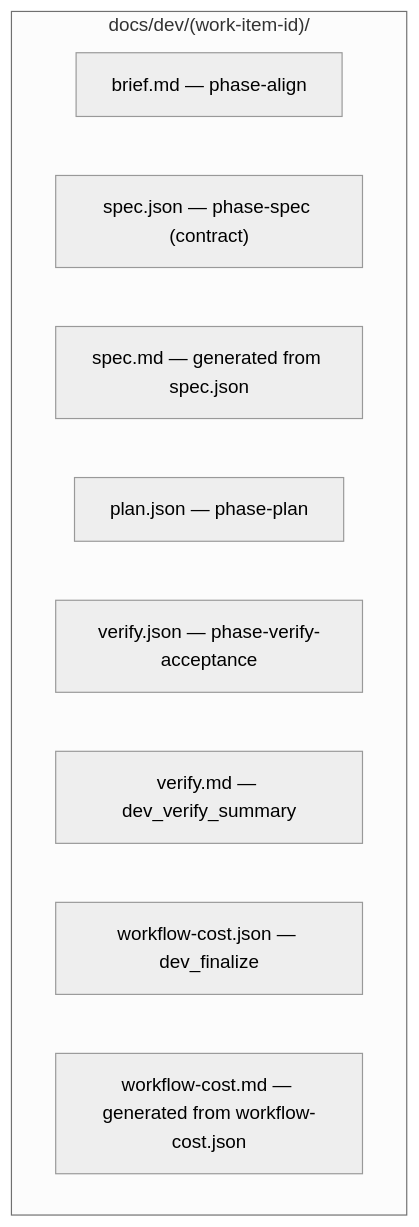
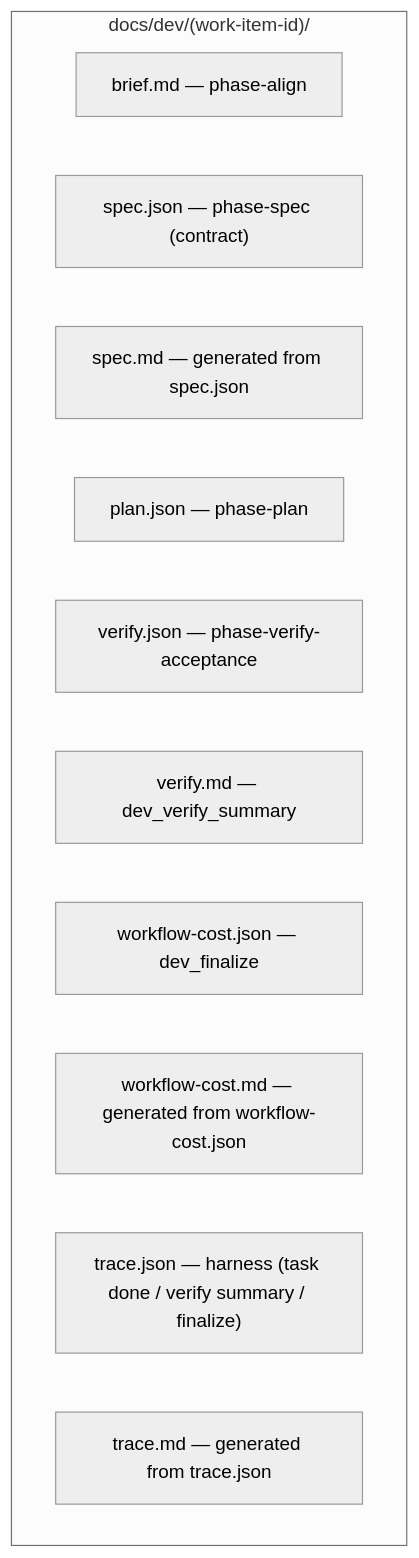
Before and after one commit to cshirley/accord: the first of 2 diagrams in docs/artifacts.md, drawn with Mermaid (neutral theme). The commit also changed other lines of this file and 82 other files, not shown here.

````diff
--- a/docs/artifacts.md
+++ b/docs/artifacts.md
@@ -7,13 +7,15 @@
 ```mermaid
 flowchart TB
   subgraph dev["docs/dev/(work-item-id)/"]
     brief["brief.md — phase-align"]
     spec["spec.json — phase-spec (contract)"]
     specmd["spec.md — generated from spec.json"]
     plan["plan.json — phase-plan"]
     vjson["verify.json — phase-verify-acceptance"]
     vmd["verify.md — dev_verify_summary"]
     wcjson["workflow-cost.json — dev_finalize"]
     wcmd["workflow-cost.md — generated from workflow-cost.json"]
+    trjson["trace.json — harness (task done / verify summary / finalize)"]
+    trmd["trace.md — generated from trace.json"]
   end
 ```
````
